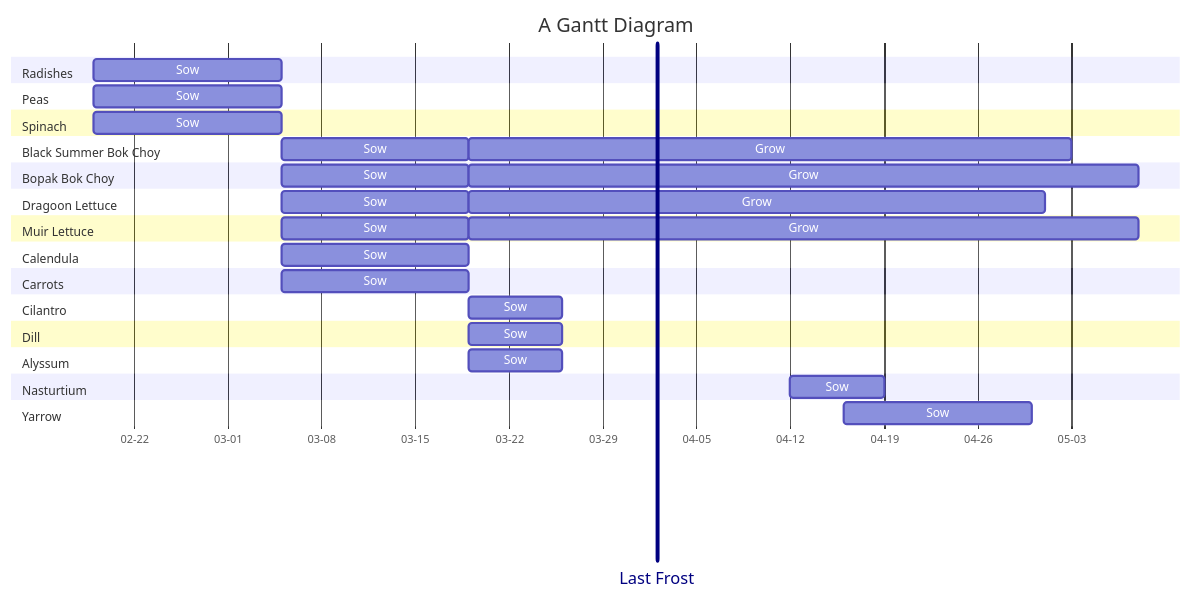
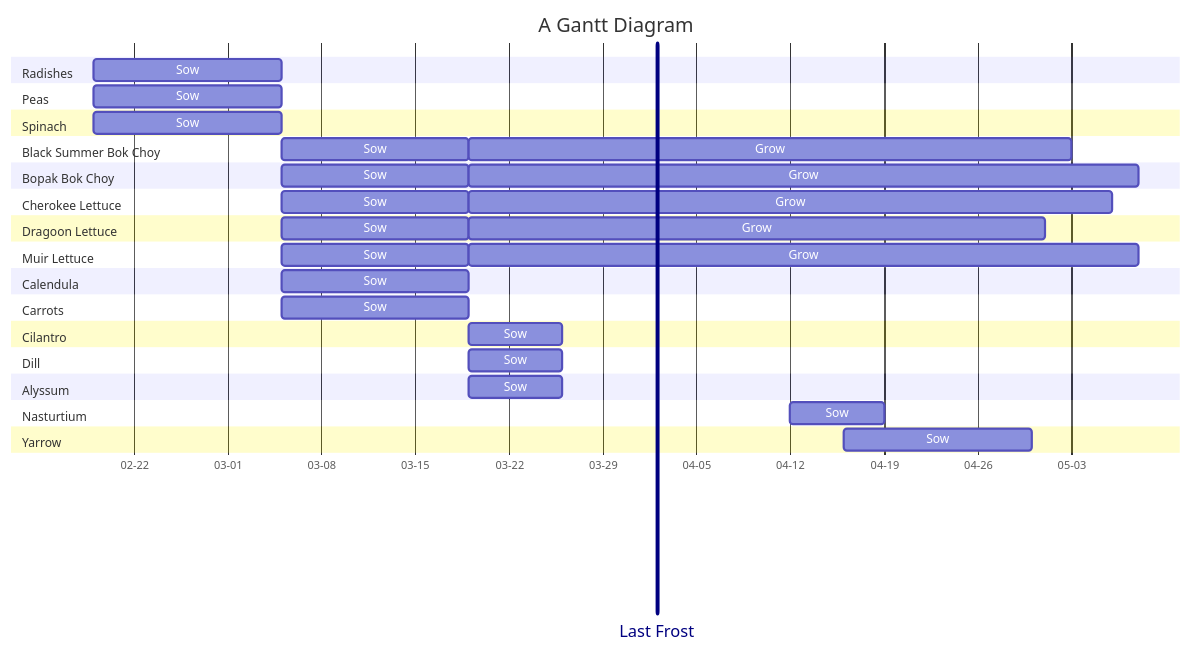
The diagram in 2026-planting-schedule.md (bjenning04/foam), drawn with Mermaid before and after one commit.

Commit message:
Feb 21, 2026, 9:01 PM

````diff
--- a/2026-planting-schedule.md
+++ b/2026-planting-schedule.md
@@ -3,42 +3,45 @@
 ```mermaid
 ---
 displayMode: compact
 ---
 gantt
     title A Gantt Diagram
     dateFormat YYYY-MM-DD
     axisFormat %m-%d
     Last Frost: vert, v1, 2026-04-02,
     Section Radishes
         Sow: 2026-02-19, 14d
     Section Peas
         Sow: 2026-02-19, 14d
     Section Spinach
         Sow: 2026-02-19, 14d
     Section Black Summer Bok Choy
         Sow: 2026-03-05, 14d
         Grow: 2026-03-19, 45d
     Section Bopak Bok Choy
         Sow: 2026-03-05, 14d
         Grow: 2026-03-19, 50d
+    Section Cherokee Lettuce
+        Sow: 2026-03-05, 14d
+        Grow: 2026-03-19, 48d
     Section Dragoon Lettuce
         Sow: 2026-03-05, 14d
         Grow: 2026-03-19, 43d
     Section Muir Lettuce
         Sow: 2026-03-05, 14d
         Grow: 2026-03-19, 50d
     Section Calendula
         Sow: 2026-03-05, 14d
     Section Carrots
         Sow: 2026-03-05, 14d
     Section Cilantro
         Sow: 2026-03-19, 7d
     Section Dill
         Sow: 2026-03-19, 7d
     Section Alyssum
         Sow: 2026-03-19, 7d
     Section Nasturtium
         Sow: 2026-04-12, 7d
     Section Yarrow
         Sow: 2026-04-16, 14d
 ```
````
